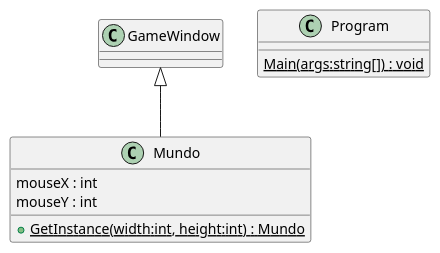
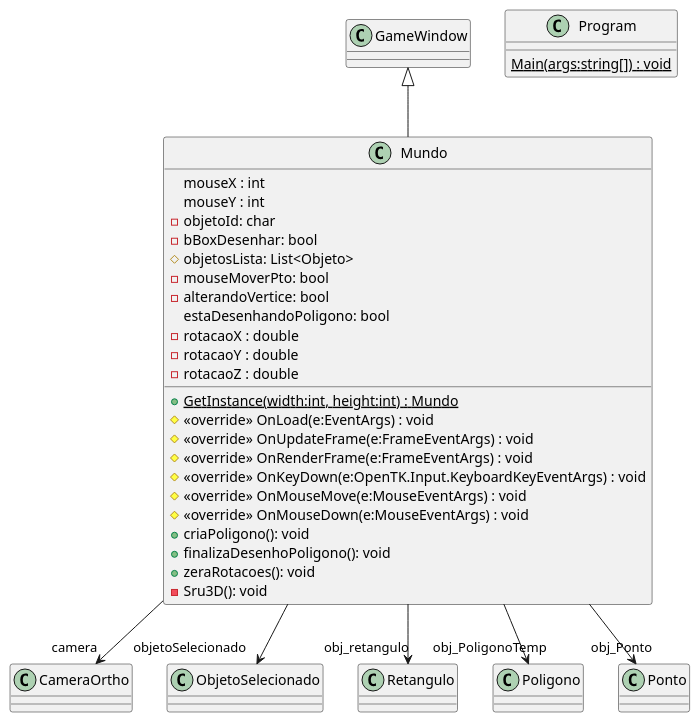
Before and after one commit to gfibrantz/disciplinaCg_2022-1_mat_equipe-01: the diagram in unidade_3/CG_N2/plantuml/Mundo.wsd, drawn with PlantUML.

```diff
--- a/unidade_3/CG_N2/plantuml/Mundo.wsd
+++ b/unidade_3/CG_N2/plantuml/Mundo.wsd
@@ -1,11 +1,35 @@
 @startuml Mundo
 class Mundo {
     + {static} GetInstance(width:int, height:int) : Mundo
     mouseX : int
     mouseY : int
+    - objetoId: char
+    - bBoxDesenhar: bool
+    # objetosLista: List<Objeto>
+    - mouseMoverPto: bool
+    - alterandoVertice: bool
+    estaDesenhandoPoligono: bool
+    - rotacaoX : double
+    - rotacaoY : double
+    - rotacaoZ : double
+    # <<override>> OnLoad(e:EventArgs) : void
+    # <<override>> OnUpdateFrame(e:FrameEventArgs) : void
+    # <<override>> OnRenderFrame(e:FrameEventArgs) : void
+    # <<override>> OnKeyDown(e:OpenTK.Input.KeyboardKeyEventArgs) : void
+    # <<override>> OnMouseMove(e:MouseEventArgs) : void
+    # <<override>> OnMouseDown(e:MouseEventArgs) : void
+    + criaPoligono(): void
+    + finalizaDesenhoPoligono(): void
+    + zeraRotacoes(): void
+    - Sru3D(): void
 }
 class Program {
     {static} Main(args:string[]) : void
 }
 GameWindow <|-- Mundo
+Mundo --> "camera" CameraOrtho
+Mundo --> "objetoSelecionado" ObjetoSelecionado
+Mundo --> "obj_retangulo" Retangulo
+Mundo --> "obj_PoligonoTemp" Poligono
+Mundo --> "obj_Ponto" Ponto
 @enduml
```
